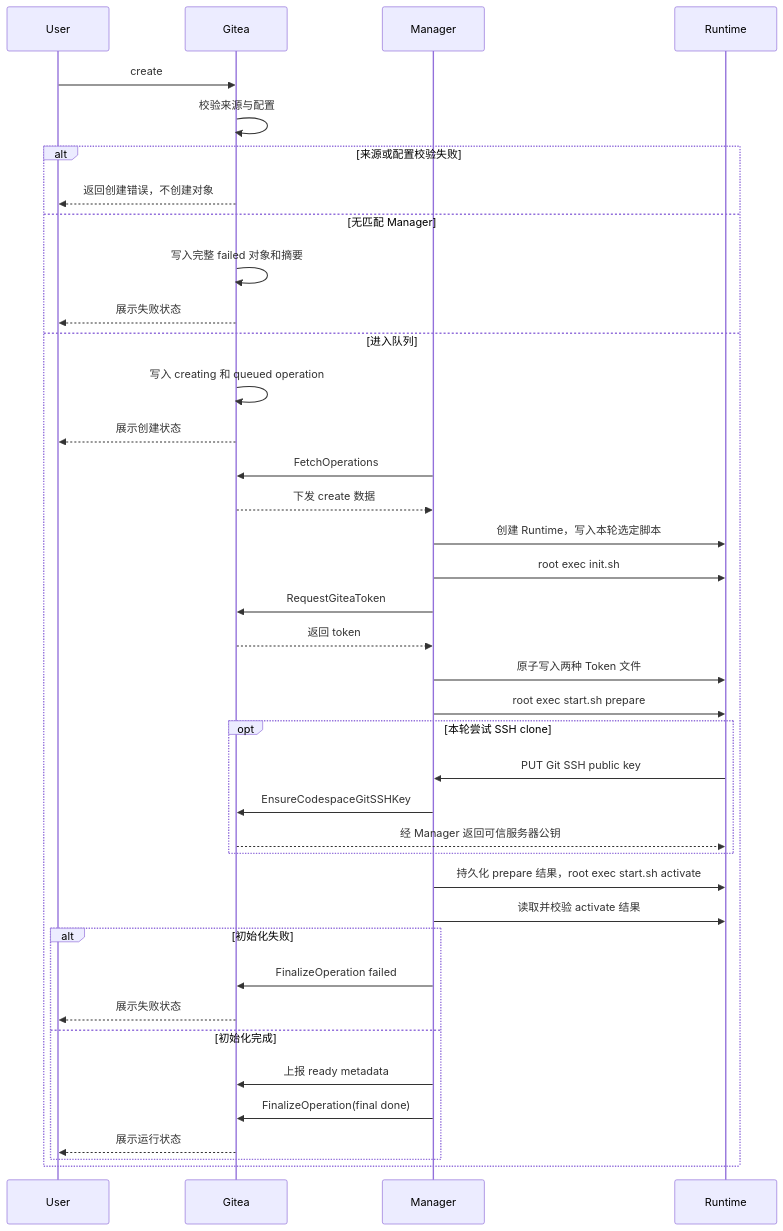
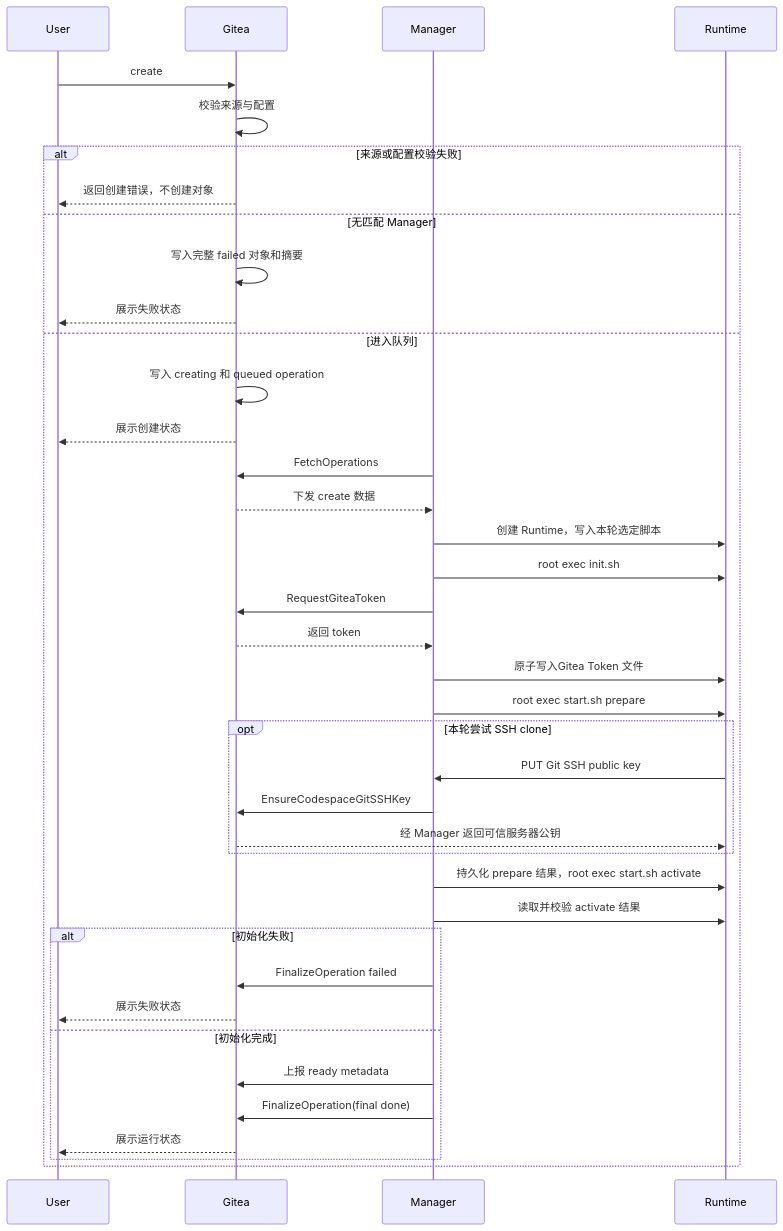
Before and after one commit to ExplodingDragon/gitea-dev: the first of 3 diagrams in src/lifecycle-flows.md, drawn with Mermaid. The commit also changed other lines of this file and 10 other files, not shown here.

````diff
--- a/src/lifecycle-flows.md
+++ b/src/lifecycle-flows.md
@@ -114,42 +114,42 @@
 ```mermaid
 sequenceDiagram
     participant U as User
     participant G as Gitea
     participant M as Manager
     participant R as Runtime
 
     U->>G: create
     G->>G: 校验来源与配置
     alt 来源或配置校验失败
         G-->>U: 返回创建错误，不创建对象
     else 无匹配 Manager
         G->>G: 写入完整 failed 对象和摘要
         G-->>U: 展示失败状态
     else 进入队列
         G->>G: 写入 creating 和 queued operation
         G-->>U: 展示创建状态
         M->>G: FetchOperations
         G-->>M: 下发 create 数据
         M->>R: 创建 Runtime，写入本轮选定脚本
         M->>R: root exec init.sh
         M->>G: RequestGiteaToken
         G-->>M: 返回 token
-        M->>R: 原子写入两种 Token 文件
+        M->>R: 原子写入Gitea Token 文件
         M->>R: root exec start.sh prepare
         opt 本轮尝试 SSH clone
             R->>M: PUT Git SSH public key
             M->>G: EnsureCodespaceGitSSHKey
             G-->>R: 经 Manager 返回可信服务器公钥
         end
         M->>R: 持久化 prepare 结果，root exec start.sh activate
         M->>R: 读取并校验 activate 结果
         alt 初始化失败
             M->>G: FinalizeOperation failed
             G-->>U: 展示失败状态
         else 初始化完成
             M->>G: 上报 ready metadata
             M->>G: FinalizeOperation(final done)
             G-->>U: 展示运行状态
         end
     end
 ```
````
